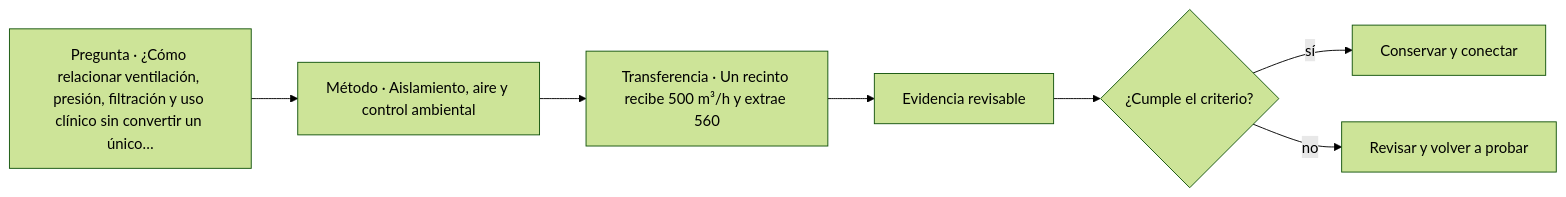
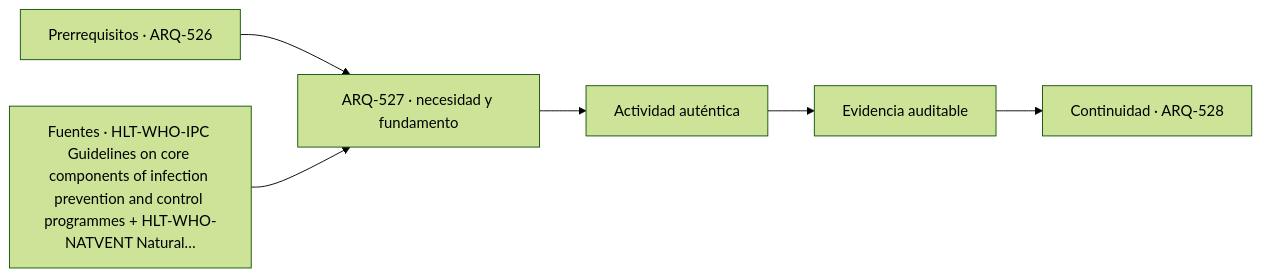
Before and after one commit to vladimiracunadev-create/architecture-built-environment-learning-program: the diagram in classes/parte-53/ARQ-527.md, drawn with Mermaid (forest theme). The commit also changed other lines of this file and 761 other files, not shown here.

````diff
--- a/classes/parte-53/ARQ-527.md
+++ b/classes/parte-53/ARQ-527.md
@@ -91,9 +103,8 @@
 ```mermaid
 flowchart LR
-    Q["Pregunta · ¿Cómo relacionar ventilación, presión, filtración y uso clínico sin convertir un único…"] --> M["Método · Aislamiento, aire y control ambiental"]
-    M --> P["Transferencia · Un recinto recibe 500 m³/h y extrae 560"]
-    P --> E["Evidencia revisable"]
-    E --> C{"¿Cumple el criterio?"}
-    C -->|sí| T["Conservar y conectar"]
-    C -->|no| R["Revisar y volver a probar"]
+    A["Prerrequisitos · ARQ-526"] --> B["ARQ-527 · necesidad y fundamento"]
+    S["Fuentes · HLT-WHO-IPC Guidelines on core components of infection prevention and control programmes + HLT-WHO-NATVENT Natural…"] --> B
+    B --> C["Actividad auténtica"]
+    C --> D["Evidencia auditable"]
+    D --> E["Continuidad · ARQ-528"]
 ```
````
